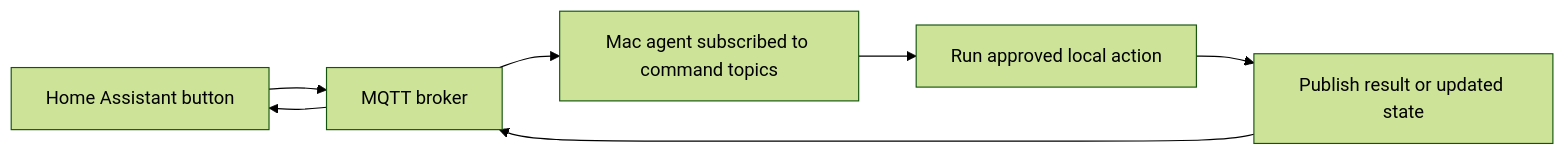
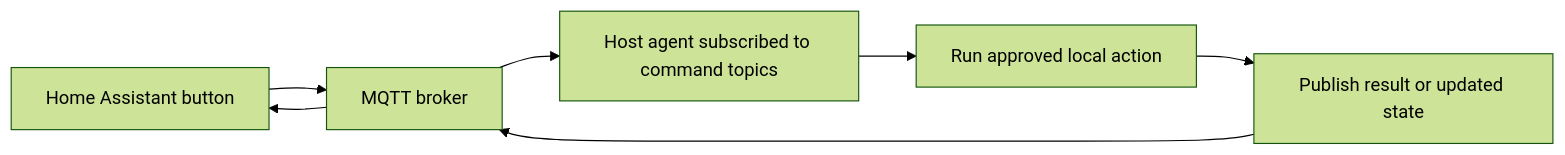
The third of 4 diagrams in README.md (marcomc/ha-mqtt-agent), drawn with Mermaid (forest theme) before and after one commit. The commit also changed other lines of this file and 23 other files, not shown here.

First line of the commit message:
Rename project from mac-mqtt-energy to ha-mqtt-agent and refactor related components

````diff
--- a/README.md
+++ b/README.md
@@ -246,11 +255,11 @@
 ```mermaid
 flowchart LR
   accTitle: MQTT command flow
-  accDescr: Shows how Home Assistant can command a Mac without inbound Mac ports.
+  accDescr: Shows how Home Assistant can command a host without inbound ports.
   ha["Home Assistant button"] --> broker["MQTT broker"]
-  broker --> mac["Mac agent subscribed to command topics"]
-  mac --> action["Run approved local action"]
+  broker --> agent["Host agent subscribed to command topics"]
+  agent --> action["Run approved local action"]
   action --> state["Publish result or updated state"]
   state --> broker
   broker --> ha
 ```
````
